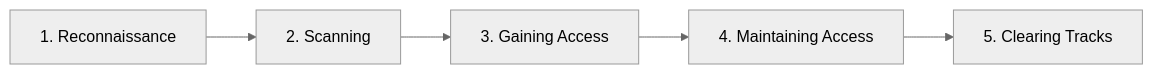
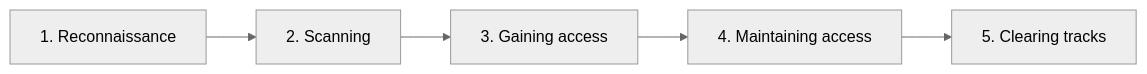
Before and after one commit to malacacalex/CEH_Revision_App: the first of 3 diagrams in content/modules/m01/notes.md, drawn with Mermaid (neutral theme). The commit also changed other lines of this file and 8 other files, not shown here.

````diff
--- a/content/modules/m01/notes.md
+++ b/content/modules/m01/notes.md
@@ -21,4 +124,7 @@
 ```mermaid
 flowchart LR
-  R[1. Reconnaissance] --> S[2. Scanning] --> G[3. Gaining Access] --> M[4. Maintaining Access] --> C[5. Clearing Tracks]
+  R[1. Reconnaissance] --> S[2. Scanning]
+  S --> G[3. Gaining access]
+  G --> M[4. Maintaining access]
+  M --> C[5. Clearing tracks]
 ```
````
